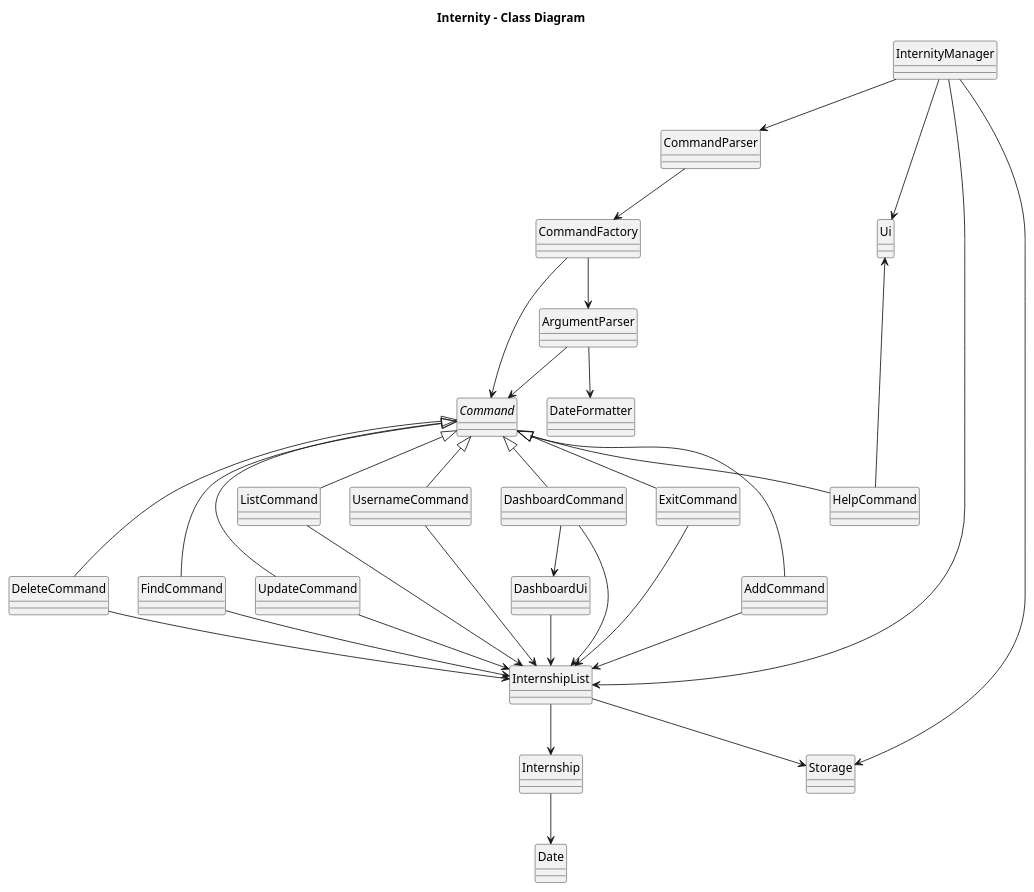
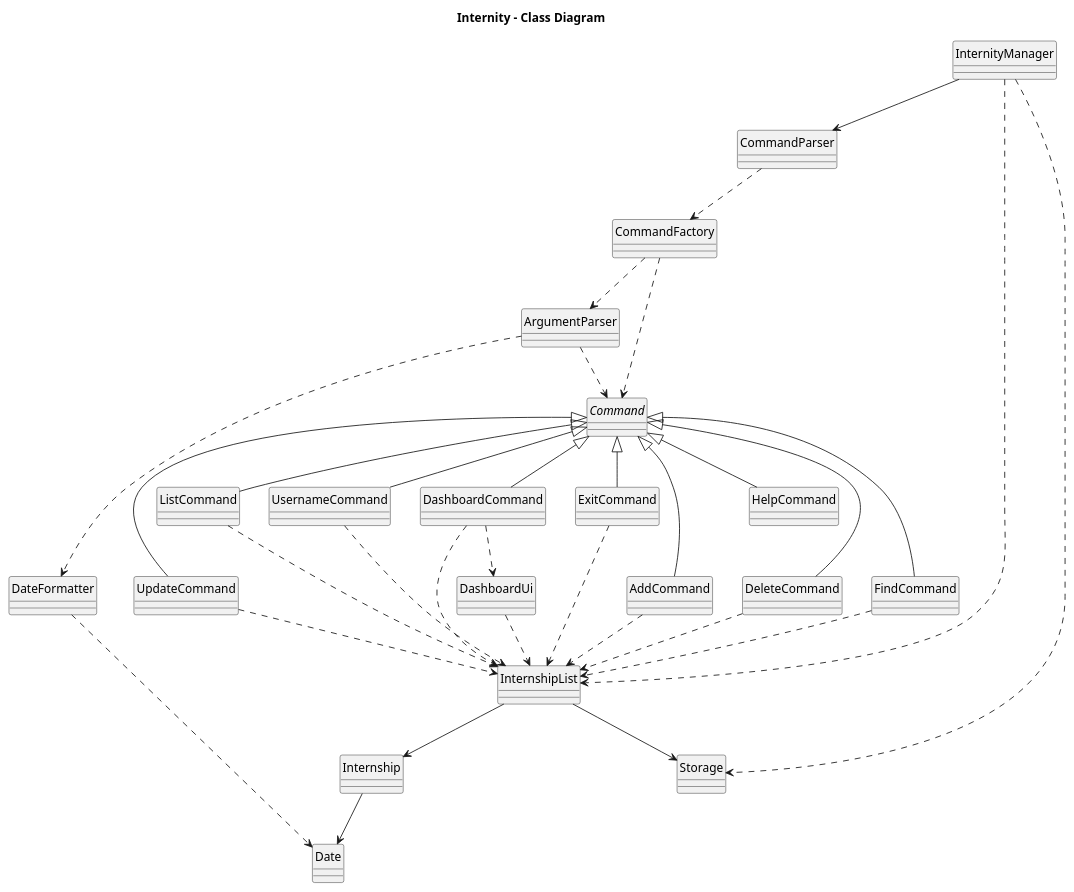
Before and after one commit to AY2526S1-CS2113-W14-4/tp: the diagram in docs/diagrams/InternityCD.puml, drawn with PlantUML. The commit also changed 4 other files, not shown here.

Commit message:
Fixed more diagrams

```diff
--- a/docs/diagrams/InternityCD.puml
+++ b/docs/diagrams/InternityCD.puml
@@ -1,87 +1,83 @@
 @startuml
 hide circle
 
 title Internity - Class Diagram
 
 ' === Core Controller ===
 class InternityManager
 
 ' === Logic Layer ===
 class CommandParser
 class CommandFactory
 abstract class Command
 class AddCommand
 class DeleteCommand
 class FindCommand
 class UpdateCommand
 class ListCommand
 class UsernameCommand
 class DashboardCommand
 class HelpCommand
 class ExitCommand
 class ArgumentParser
 
 ' === Model Layer ===
 class InternshipList
 class Internship
 class Storage
 class Date
 
 ' === UI Layer ===
-class Ui
 class DashboardUi
 
 ' === Utilities ===
 class DateFormatter
 
 ' === Relationships ===
 InternityManager --> CommandParser
-InternityManager --> InternshipList
-InternityManager --> Storage
-InternityManager --> Ui
+InternityManager ..> InternshipList
+InternityManager ..> Storage
 
-CommandParser --> CommandFactory
-CommandFactory --> ArgumentParser
-CommandFactory --> Command
-ArgumentParser --> Command
+CommandParser ..> CommandFactory
+CommandFactory ..> ArgumentParser
+CommandFactory ..> Command
+ArgumentParser ..> Command
 
 ' Command hierarchy
 Command <|-- AddCommand
 Command <|-- DeleteCommand
 Command <|-- FindCommand
 Command <|-- UpdateCommand
 Command <|-- ListCommand
 Command <|-- UsernameCommand
 Command <|-- DashboardCommand
 Command <|-- HelpCommand
 Command <|-- ExitCommand
 
 ' All commands interact with InternshipList
-AddCommand --> InternshipList
-DeleteCommand --> InternshipList
-FindCommand --> InternshipList
-UpdateCommand --> InternshipList
-ListCommand --> InternshipList
-UsernameCommand --> InternshipList
-DashboardCommand --> InternshipList
-ExitCommand --> InternshipList
+AddCommand ..> InternshipList
+DeleteCommand ..> InternshipList
+FindCommand ..> InternshipList
+UpdateCommand ..> InternshipList
+ListCommand ..> InternshipList
+UsernameCommand ..> InternshipList
+DashboardCommand ..> InternshipList
+ExitCommand ..> InternshipList
 
 ' Dashboard uses DashboardUi
-DashboardCommand --> DashboardUi
-
-' Help uses Ui
-HelpCommand -up-> Ui
+DashboardCommand ..> DashboardUi
 
 ' force helpcommand to be there
 HelpCommand -left[hidden]-> ExitCommand
 
 ' InternshipList relationships
 InternshipList --> Storage
 InternshipList --> Internship
 Internship --> Date
-DashboardUi --> InternshipList
+DashboardUi ..> InternshipList
+DateFormatter ..> Date
 
 ' ArgumentParser uses DateFormatter
-ArgumentParser --> DateFormatter
+ArgumentParser ..> DateFormatter
 
 @enduml
```
